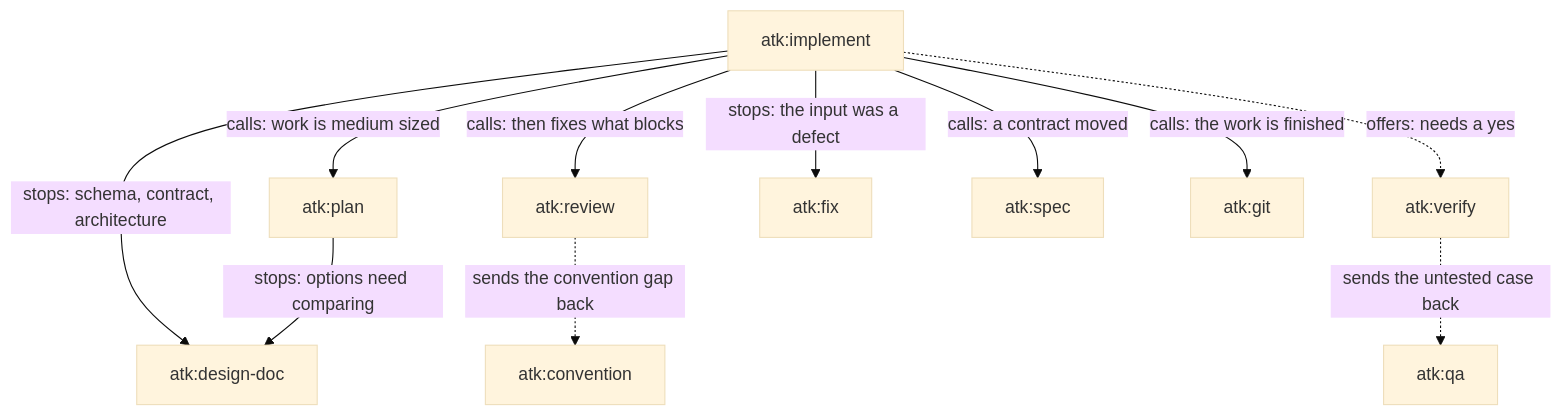
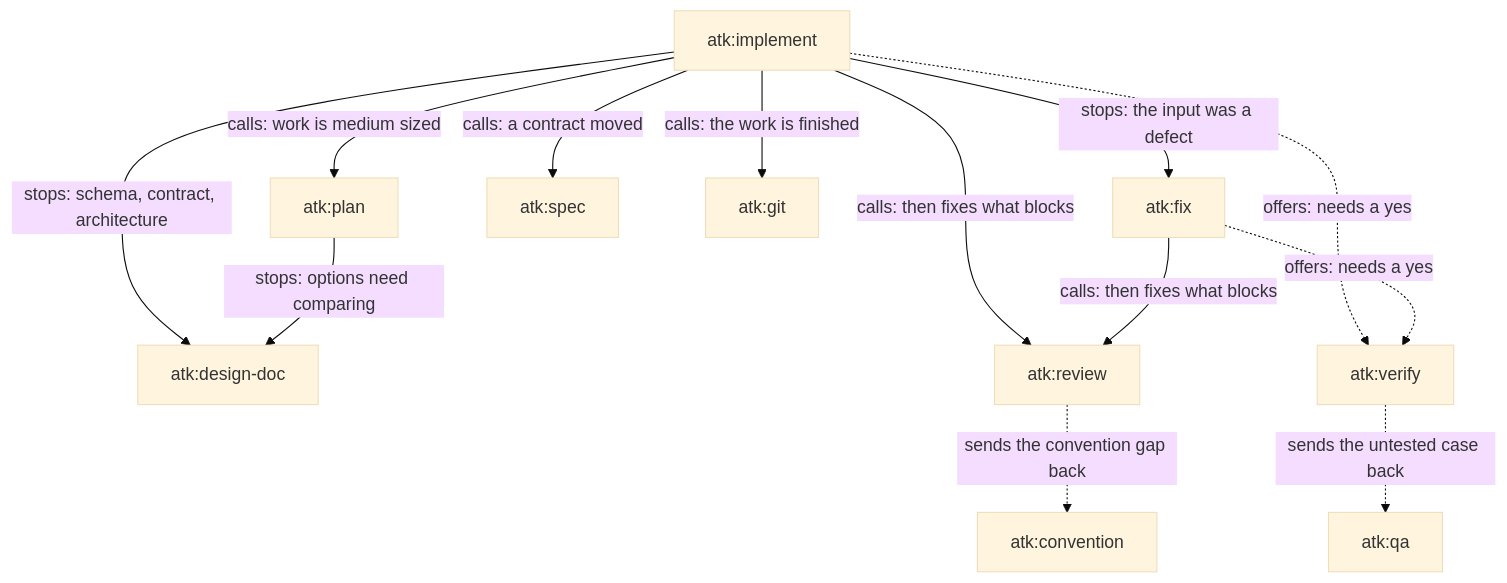
The second of 2 diagrams in docs/flow/skill-lifecycle.md (lamngockhuong/aiteamkit), drawn with Mermaid (base theme) before and after one commit. The commit also changed other lines of this file and 26 other files, not shown here.

````diff
--- a/docs/flow/skill-lifecycle.md
+++ b/docs/flow/skill-lifecycle.md
@@ -86,24 +86,26 @@
 ```mermaid
 flowchart TD
     IMP["atk:implement"]
     PLN["atk:plan"]
     DSG["atk:design-doc"]
     REV["atk:review"]
     VER["atk:verify"]
     FIX["atk:fix"]
     QA["atk:qa"]
     CNV["atk:convention"]
     SPC["atk:spec"]
     GIT["atk:git"]
 
     IMP -->|"calls: work is medium sized"| PLN
     IMP -->|"calls: then fixes what blocks"| REV
+    FIX -->|"calls: then fixes what blocks"| REV
     IMP -->|"stops: schema, contract, architecture"| DSG
     IMP -->|"stops: the input was a defect"| FIX
     PLN -->|"stops: options need comparing"| DSG
     IMP -->|"calls: a contract moved"| SPC
     IMP -->|"calls: the work is finished"| GIT
     IMP -.->|"offers: needs a yes"| VER
+    FIX -.->|"offers: needs a yes"| VER
     REV -.->|"sends the convention gap back"| CNV
     VER -.->|"sends the untested case back"| QA
 ```
````
